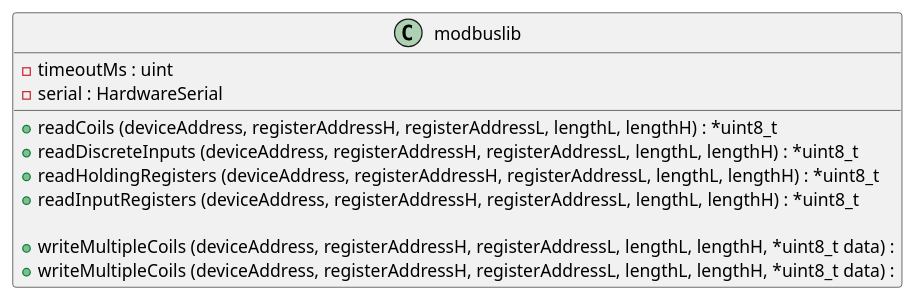
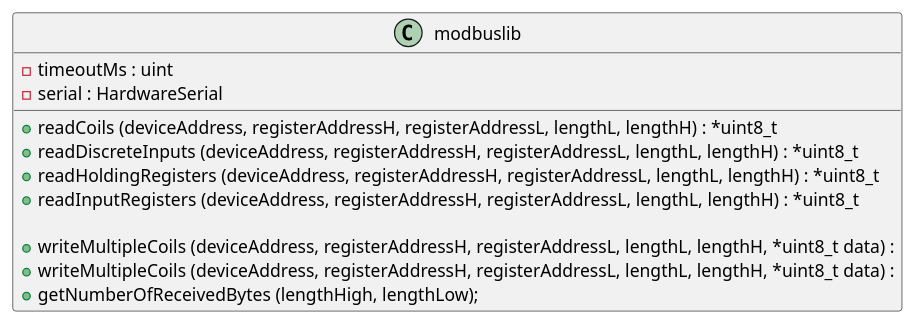
The diagram in ModbusMaster.wsd (mathieuz/modbusmaster), drawn with PlantUML before and after one commit. The commit also changed 2 other files, not shown here.

Commit message:
Add getNumberReceivedBytes + função retornando todos os data bytes corretamente.

```diff
--- a/ModbusMaster.wsd
+++ b/ModbusMaster.wsd
@@ -1,14 +1,15 @@
 @startuml modbusmaster
     class modbuslib {
         - timeoutMs : uint
         - serial : HardwareSerial
 
         + readCoils (deviceAddress, registerAddressH, registerAddressL, lengthL, lengthH) : *uint8_t
         + readDiscreteInputs (deviceAddress, registerAddressH, registerAddressL, lengthL, lengthH) : *uint8_t
         + readHoldingRegisters (deviceAddress, registerAddressH, registerAddressL, lengthL, lengthH) : *uint8_t
         + readInputRegisters (deviceAddress, registerAddressH, registerAddressL, lengthL, lengthH) : *uint8_t
 
         + writeMultipleCoils (deviceAddress, registerAddressH, registerAddressL, lengthL, lengthH, *uint8_t data) : 
         + writeMultipleCoils (deviceAddress, registerAddressH, registerAddressL, lengthL, lengthH, *uint8_t data) :
+        + getNumberOfReceivedBytes (lengthHigh, lengthLow);
     }
 @enduml
```
